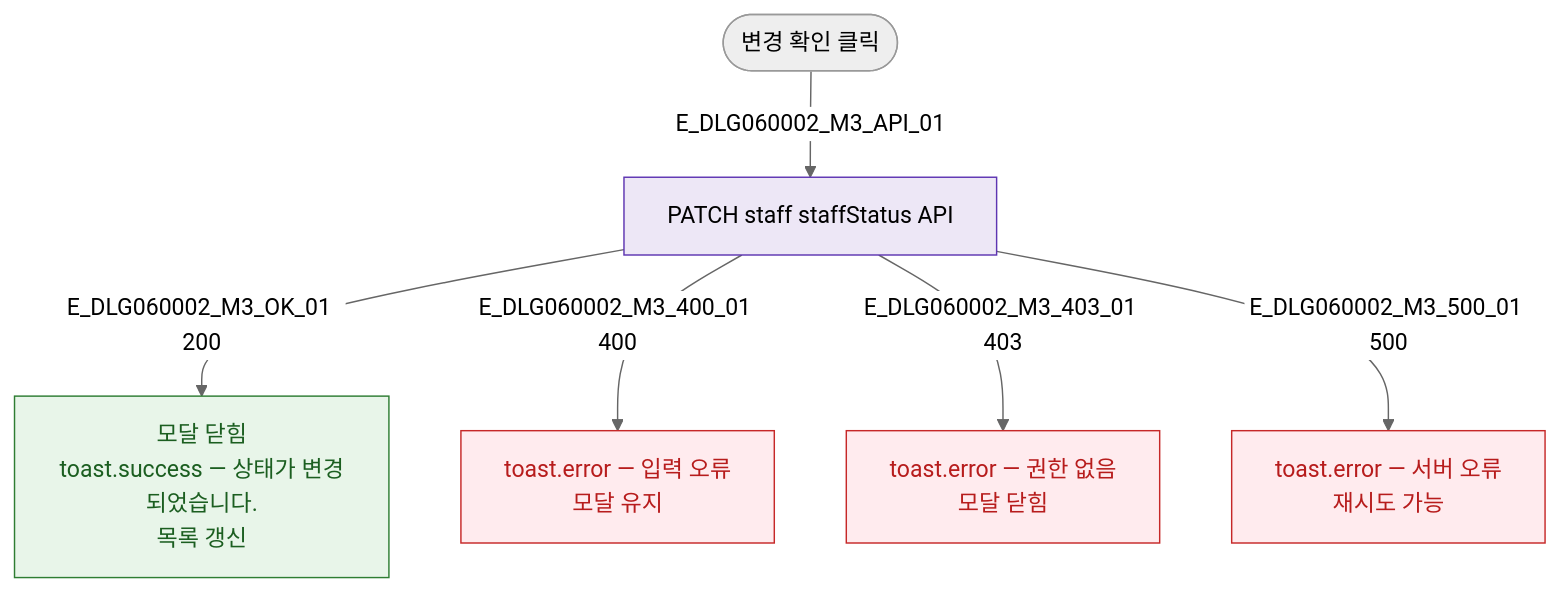
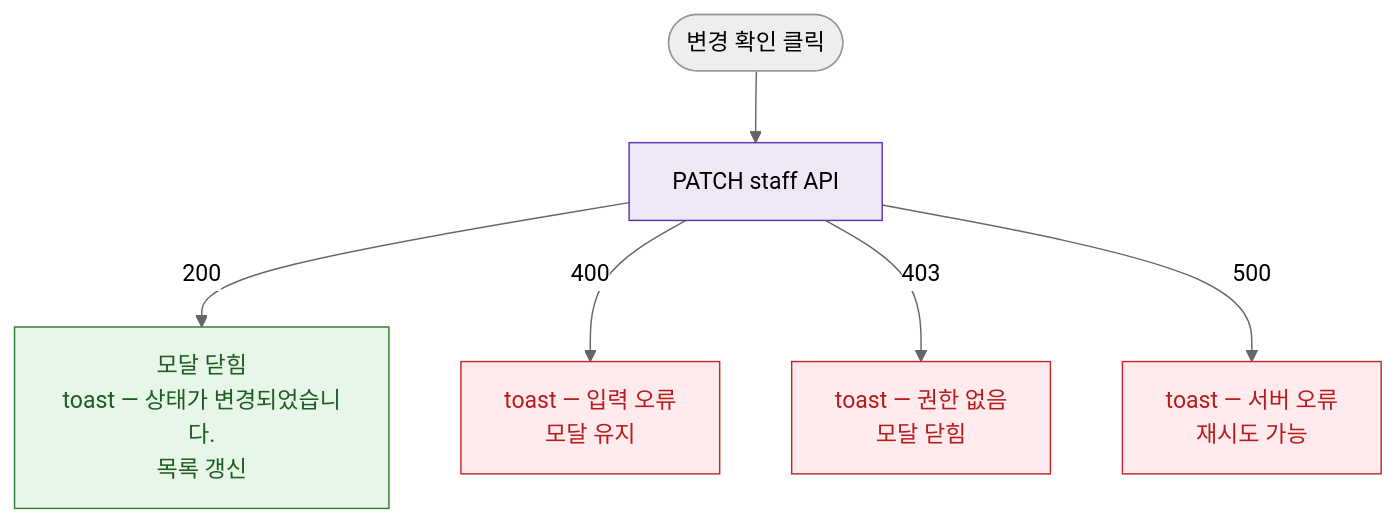
Before and after one commit to dev-spogym/admin-pando: the diagram in docs/다이어그램/D07_직원관리/DLG/DLG-060-002/M3_결과분기.md, drawn with Mermaid (neutral theme). The commit also changed other lines of this file and 1660 other files, not shown here.

First line of the commit message:
다이어그램: 기획자/클라이언트 납품본으로 정리

````diff
--- a/docs/다이어그램/D07_직원관리/DLG/DLG-060-002/M3_결과분기.md
+++ b/docs/다이어그램/D07_직원관리/DLG/DLG-060-002/M3_결과분기.md
@@ -14,18 +12,18 @@
 ```mermaid
 flowchart TD
   SUBMIT([변경 확인 클릭])
-  SUBMIT -->|E_DLG060002_M3_API_01| API[PATCH staff staffStatus API]
+  SUBMIT --> API[PATCH staff API]
 
-  API -->|E_DLG060002_M3_OK_01 200| SUCCESS[모달 닫힘\ntoast.success — 상태가 변경되었습니다.\n목록 갱신]
-  API -->|E_DLG060002_M3_400_01 400| ERR_400[toast.error — 입력 오류\n모달 유지]
-  API -->|E_DLG060002_M3_403_01 403| ERR_403[toast.error — 권한 없음\n모달 닫힘]
-  API -->|E_DLG060002_M3_500_01 500| ERR_500[toast.error — 서버 오류\n재시도 가능]
+  API -->|200|SUCCESS[모달 닫힘\ntoast — 상태가 변경되었습니다.\n목록 갱신]
+  API -->|400|ERR_400[toast — 입력 오류\n모달 유지]
+  API -->|403|ERR_403[toast — 권한 없음\n모달 닫힘]
+  API -->|500|ERR_500[toast — 서버 오류\n재시도 가능]
 
   classDef success fill:#E8F5E9,stroke:#2E7D32,color:#1B5E20
-  classDef error   fill:#FFEBEE,stroke:#C62828,color:#B71C1C
-  classDef system  fill:#EDE7F6,stroke:#5E35B2
+  classDef error fill:#FFEBEE,stroke:#C62828,color:#B71C1C
+  classDef system fill:#EDE7F6,stroke:#5E35B2
 
   class SUCCESS success
   class ERR_400,ERR_403,ERR_500 error
   class API system
 ```
````
